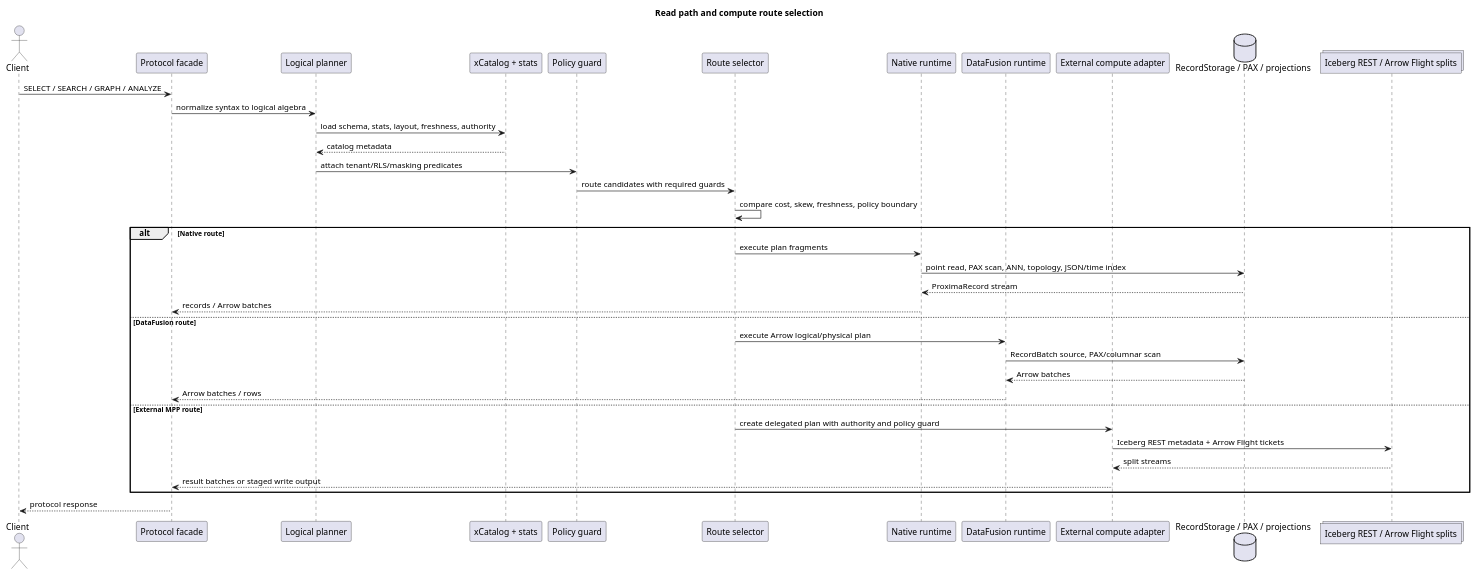
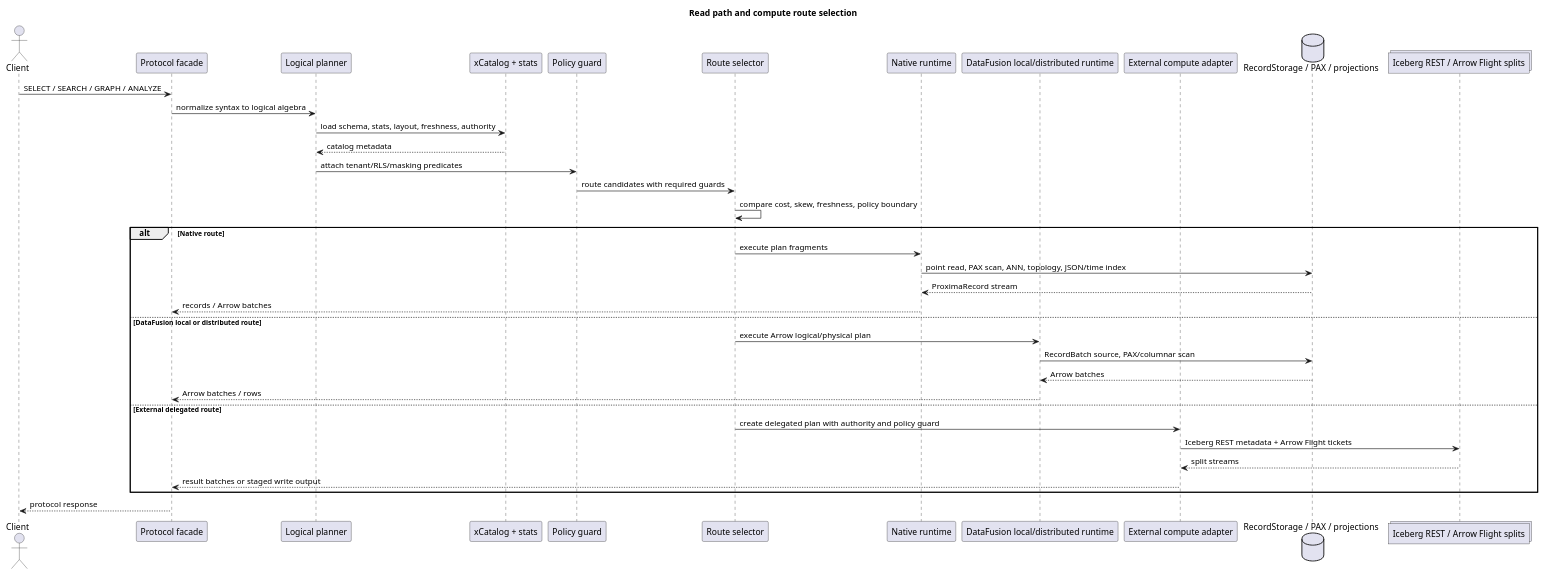
The fourth of 5 diagrams in docs/12-design/COMPETITIVE_OLTP_OLAP_MPP_TRAJECTORY_2026_05_20.adoc (vjsingh1984/proximaDB), drawn with PlantUML before and after one commit. The commit also changed other lines of this file and 20 other files, not shown here.

```diff
--- a/docs/12-design/COMPETITIVE_OLTP_OLAP_MPP_TRAJECTORY_2026_05_20.adoc
+++ b/docs/12-design/COMPETITIVE_OLTP_OLAP_MPP_TRAJECTORY_2026_05_20.adoc
@@ -482,45 +486,45 @@
 [source,plantuml]
 ----
 @startuml
 title Read path and compute route selection
 
 actor Client
 participant "Protocol facade" as Facade
 participant "Logical planner" as Planner
 participant "xCatalog + stats" as Catalog
 participant "Policy guard" as Policy
 participant "Route selector" as Router
 participant "Native runtime" as Native
-participant "DataFusion runtime" as DF
+participant "DataFusion local/distributed runtime" as DF
 participant "External compute adapter" as External
 database "RecordStorage / PAX / projections" as Storage
 collections "Iceberg REST / Arrow Flight splits" as Splits
 
 Client -> Facade: SELECT / SEARCH / GRAPH / ANALYZE
 Facade -> Planner: normalize syntax to logical algebra
 Planner -> Catalog: load schema, stats, layout, freshness, authority
 Catalog --> Planner: catalog metadata
 Planner -> Policy: attach tenant/RLS/masking predicates
 Policy -> Router: route candidates with required guards
 Router -> Router: compare cost, skew, freshness, policy boundary
 
 alt Native route
   Router -> Native: execute plan fragments
   Native -> Storage: point read, PAX scan, ANN, topology, JSON/time index
   Storage --> Native: ProximaRecord stream
   Native --> Facade: records / Arrow batches
-else DataFusion route
+else DataFusion local or distributed route
   Router -> DF: execute Arrow logical/physical plan
   DF -> Storage: RecordBatch source, PAX/columnar scan
   Storage --> DF: Arrow batches
   DF --> Facade: Arrow batches / rows
-else External MPP route
+else External delegated route
   Router -> External: create delegated plan with authority and policy guard
   External -> Splits: Iceberg REST metadata + Arrow Flight tickets
   Splits --> External: split streams
   External --> Facade: result batches or staged write output
 end
 
 Facade --> Client: protocol response
 @enduml
 ----
```
